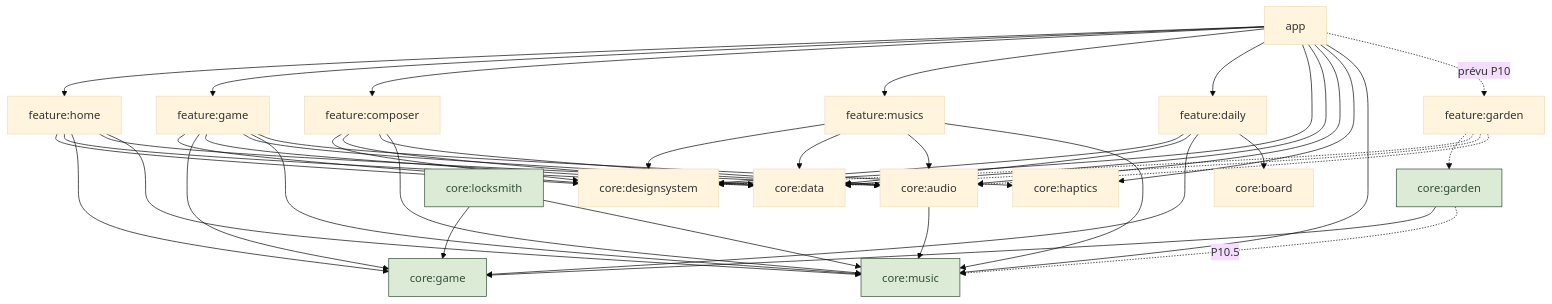
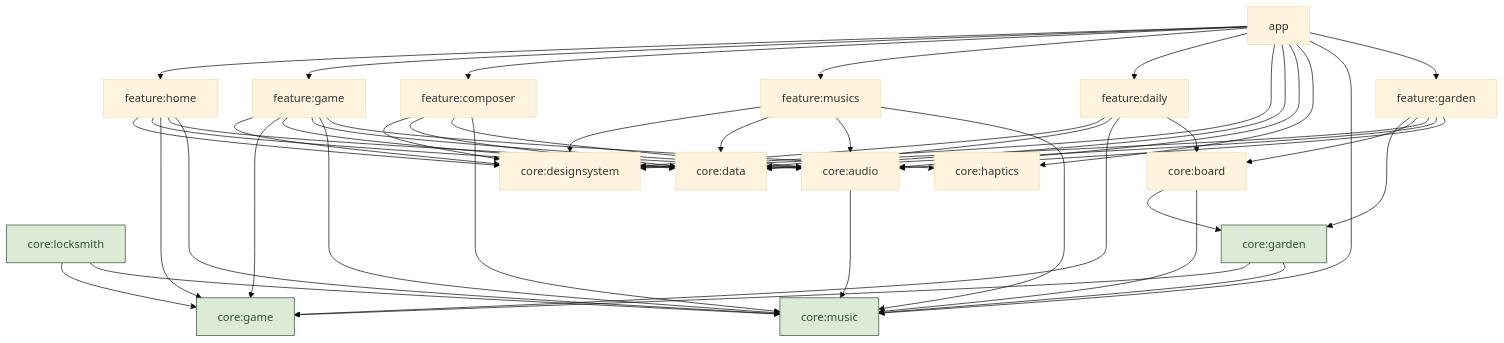
Before and after one commit to magori/blox: the first of 2 diagrams in docs/architecture.md, drawn with Mermaid (base theme). The commit also changed other lines of this file and 16 other files, not shown here.

````diff
--- a/docs/architecture.md
+++ b/docs/architecture.md
@@ -11,58 +11,61 @@
 ```mermaid
 graph TD
     app --> featureHome[feature:home]
     app --> featureGame[feature:game]
     app --> featureComposer[feature:composer]
     app --> featureMusics[feature:musics]
     app --> featureDaily[feature:daily]
     app --> designsystem[core:designsystem]
     app --> data[core:data]
     app --> audio[core:audio]
     app --> haptics[core:haptics]
     app --> music
 
     featureHome --> designsystem
     featureHome --> data
     featureHome --> game
     featureHome --> audio
     featureHome --> music
 
     featureGame --> designsystem
     featureGame --> game[core:game]
     featureGame --> data
     featureGame --> audio
     featureGame --> music
     featureGame --> haptics
 
     featureComposer --> designsystem
     featureComposer --> data
     featureComposer --> audio
     featureComposer --> music
 
     featureMusics --> designsystem
     featureMusics --> data
     featureMusics --> audio
     featureMusics --> music
 
     featureDaily --> designsystem
     featureDaily --> data
     featureDaily --> game
     featureDaily --> board[core:board]
 
     audio --> music[core:music]
 
     locksmith[core:locksmith] --> game
     locksmith --> music
 
     garden[core:garden] --> game
-    garden -.->|P10.5| music
+    garden --> music
 
-    app -.->|prévu P10| featureGarden[feature:garden]
-    featureGarden -.-> garden
-    featureGarden -.-> designsystem
-    featureGarden -.-> data
-    featureGarden -.-> audio
+    app --> featureGarden[feature:garden]
+    featureGarden --> garden
+    featureGarden --> board
+    featureGarden --> designsystem
+    featureGarden --> data
+    featureGarden --> audio
+    board --> garden
+    board --> music
 
     classDef pure fill:#dcebd5,stroke:#34503a,color:#34503a
     class game,music,locksmith,garden pure
 ```
````
